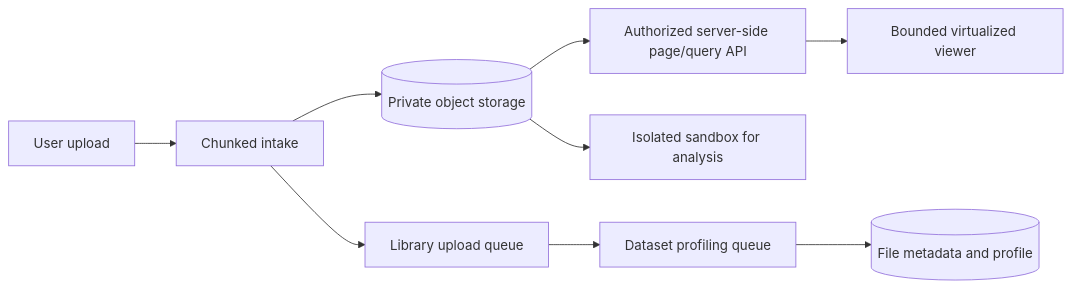
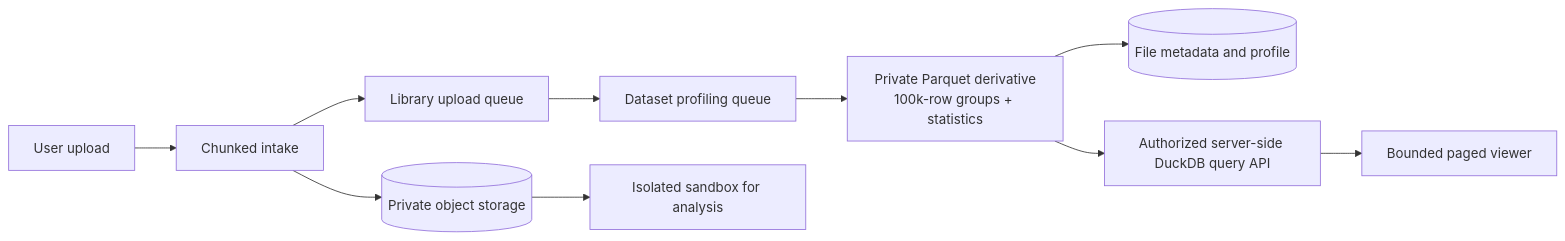
The diagram in backend/docs/9. heavy-file-processing-architecture.md (sainibhaowal/AverQel), drawn with Mermaid before and after one commit. The commit also changed other lines of this file and 5 other files, not shown here.

````diff
--- a/backend/docs/9. heavy-file-processing-architecture.md
+++ b/backend/docs/9. heavy-file-processing-architecture.md
@@ -12,11 +12,12 @@
 ```mermaid
 flowchart LR
   U[User upload] --> I[Chunked intake]
   I --> O[(Private object storage)]
   I --> Q[Library upload queue]
   Q --> P[Dataset profiling queue]
-  P --> M[(File metadata and profile)]
-  O --> D[Authorized server-side page/query API]
-  D --> V[Bounded virtualized viewer]
+  P --> C[Private Parquet derivative\n100k-row groups + statistics]
+  C --> M[(File metadata and profile)]
+  C --> D[Authorized server-side DuckDB query API]
+  D --> V[Bounded paged viewer]
   O --> S[Isolated sandbox for analysis]
 ```
````
